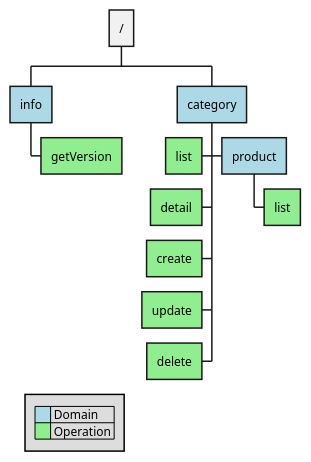
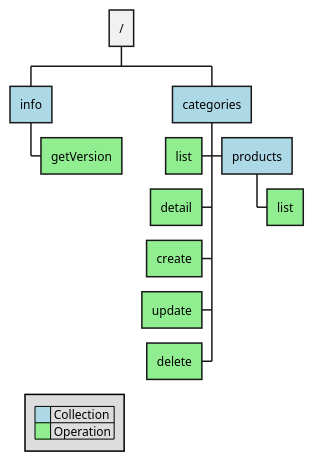
One commit to bitsmi-blog/springboot-showcase changed the diagram in docs/src/main/antora/modules/ways-of-working/pages/explanation/fluent_rest_api_client.adoc. Above: the diagram before and after it, drawn with PlantUML. The commit also changed other lines of this file, not shown here.

Commit message:
Fix collection names in fluent_rest_api_client

```diff
--- a/docs/src/main/antora/modules/ways-of-working/pages/explanation/fluent_rest_api_client.adoc
+++ b/docs/src/main/antora/modules/ways-of-working/pages/explanation/fluent_rest_api_client.adoc
@@ -31,21 +31,21 @@
 [plantuml]
 ----
 @startwbs
 * /
 **[#lightblue] info
 ***[#lightgreen] getVersion
-**[#lightblue] category
+**[#lightblue] categories
 ***[#lightgreen]< list
 ***[#lightgreen]< detail
 ***[#lightgreen]< create
 ***[#lightgreen]< update
 ***[#lightgreen]< delete
-***[#lightblue] product
+***[#lightblue] products
 ****[#lightgreen] list
 
 legend left
-|<back:#lightblue>     </back>| Domain |
+|<back:#lightblue>     </back>| Collection |
 |<back:#lightgreen>     </back>| Operation |
 endlegend
 @endwbs
 ----
```
